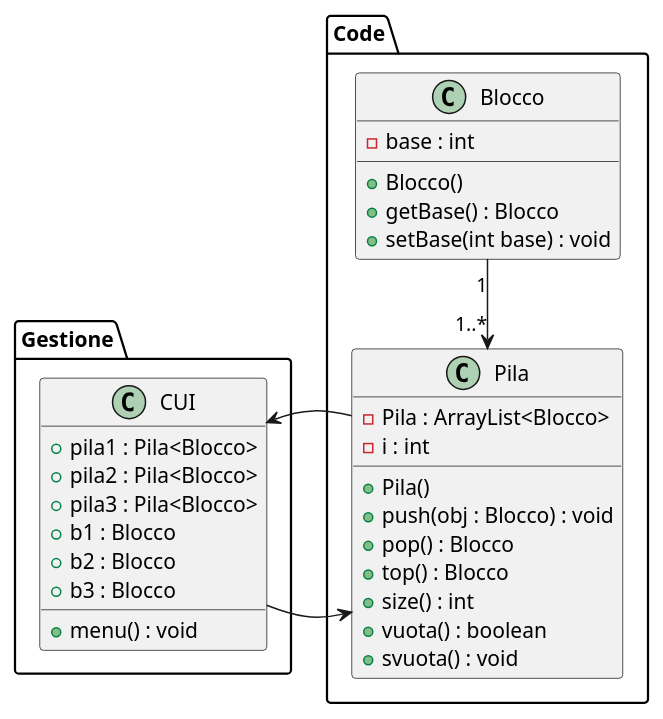
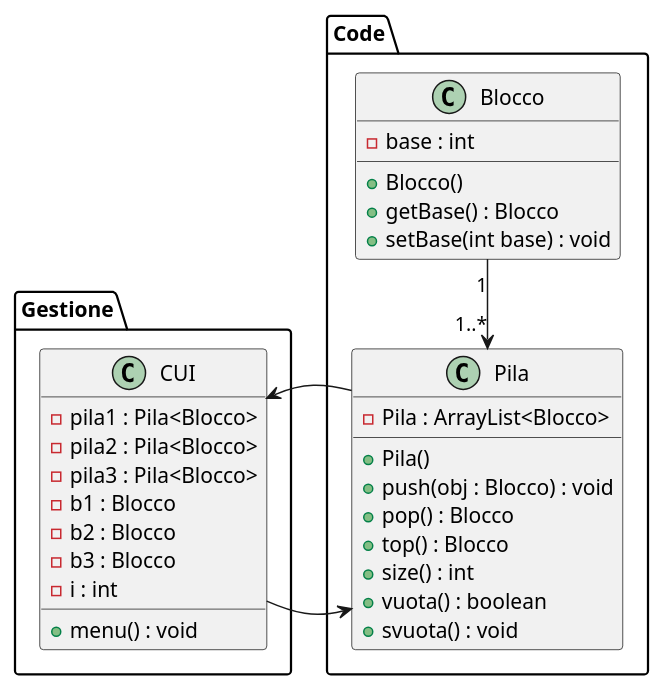
One commit to CeleghinRiccardo/INFO changed the diagram in out/production/INFO/UML/Progetto.puml. Above: the diagram before and after it, drawn with PlantUML. The commit also changed 3 other files, not shown here.

```diff
--- a/out/production/INFO/UML/Progetto.puml
+++ b/out/production/INFO/UML/Progetto.puml
@@ -1,41 +1,42 @@
 @startuml
 package Code{
+
 class Pila{
 - Pila : ArrayList<Blocco>
-    - i : int
 
-    + Pila()
-    + push(obj : Blocco) : void
-    + pop() : Blocco
-    + top() : Blocco
-    + size() : int
-    + vuota() : boolean
-    + svuota() : void
++ Pila()
++ push(obj : Blocco) : void
++ pop() : Blocco
++ top() : Blocco
++ size() : int
++ vuota() : boolean
++ svuota() : void
 }
 class Blocco{
 -base : int
 +Blocco()
 +getBase() : Blocco
 +setBase(int base) : void
 }
 
 }
 
 package Gestione{
 class CUI{
-+ pila1 : Pila<Blocco>
-+ pila2 : Pila<Blocco>
-+ pila3 : Pila<Blocco>
-+ b1 : Blocco
-+ b2 : Blocco
-+ b3 : Blocco
+- pila1 : Pila<Blocco>
+- pila2 : Pila<Blocco>
+- pila3 : Pila<Blocco>
+- b1 : Blocco
+- b2 : Blocco
+- b3 : Blocco
+- i : int
 
 +menu() : void
 }
 }
 
 CUI -> Pila
 CUI <- Pila
 Blocco "1" --> "1..*" Pila
 
 @enduml
```
